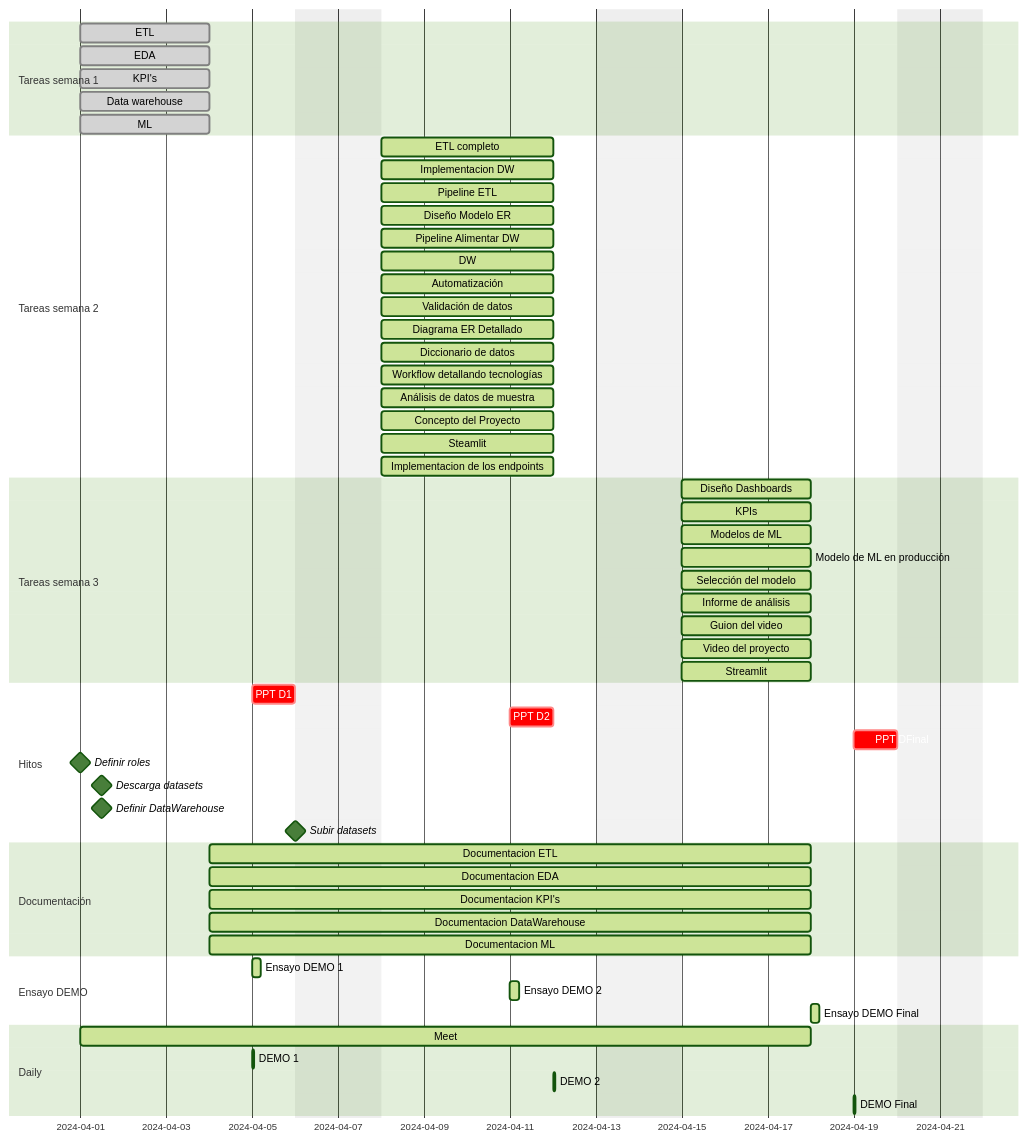
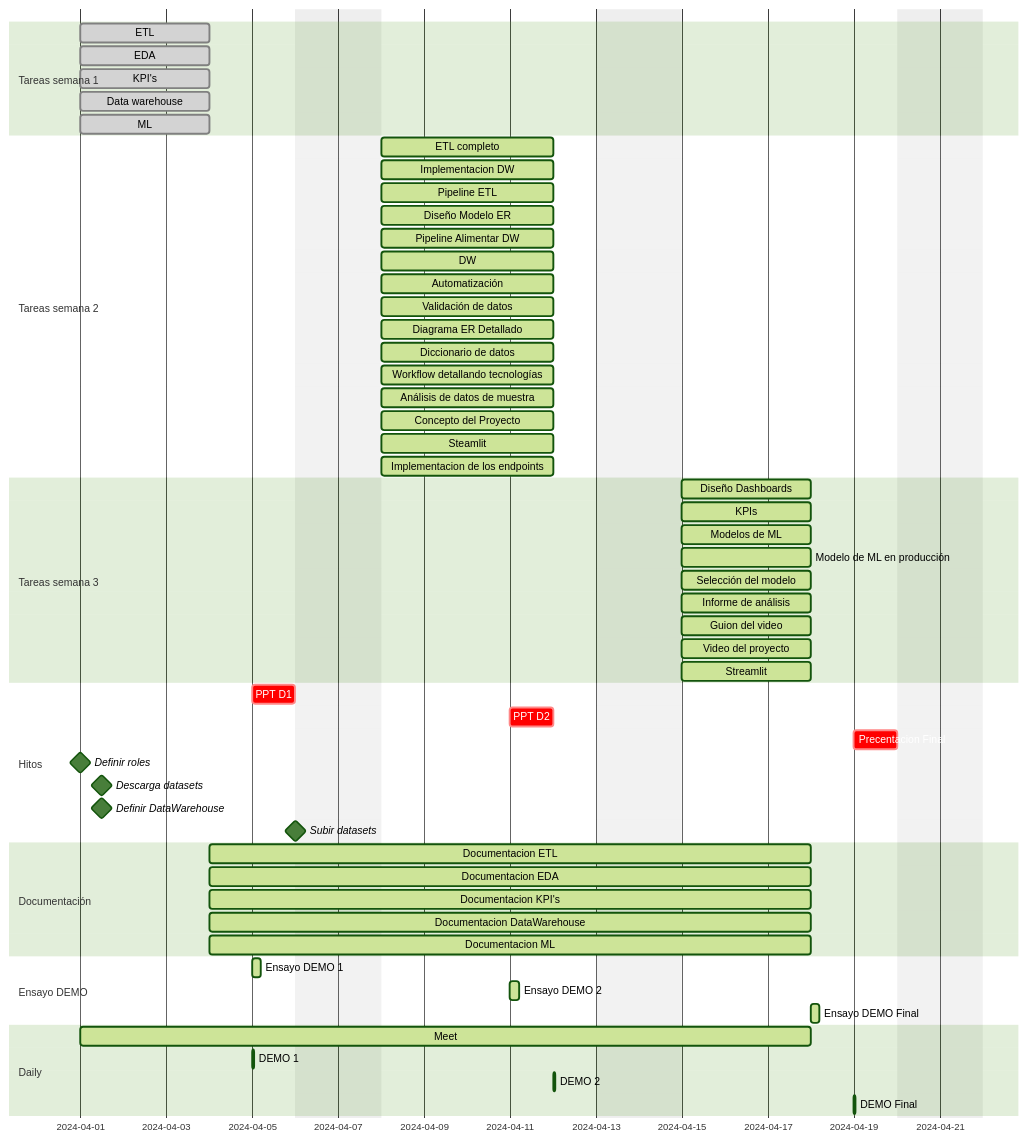
Before and after one commit to marceloyuba/SDT: the diagram in README.md, drawn with Mermaid (forest theme).

Commit message:
committ cambio details

````diff
--- a/README.md
+++ b/README.md
@@ -5,70 +5,70 @@
 ```mermaid
 gantt
    
     dateFormat  YYYY-MM-DD
     excludes     saturday sunday
     %% (`excludes` accepts specific dates in YYYY-MM-DD format, days of the week ("sunday") or "weekends", but not the word "weekdays".)
 
     section Tareas semana 1
     ETL                       :done,    des1, 2024-04-01, 3d
     EDA                       :done,  des2, 2024-04-01, 3d
     KPI's                     :done,   des3,  2024-04-01, 3d
     Data warehouse            :done,   des4, 2024-04-01, 3d
     ML                        :done, des5, 2024-04-01, 3d               
 
     section Tareas semana 2            
     ETL completo               :active,    des6, 2024-04-08, 4d
     Implementacion DW         :active,    des7, 2024-04-08, 4d
     Pipeline ETL               :active,    des8, 2024-04-08, 4d
     Diseño Modelo ER           :active,    des8, 2024-04-08, 4d 
     Pipeline Alimentar DW       :active,    des9, 2024-04-08, 4d
     DW                          :active,    des10, 2024-04-08, 4d
     Automatización             :active,    des11, 2024-04-08, 4d
     Validación de datos         :active,    des12, 2024-04-08, 4d
     Diagrama ER Detallado       :active,    des13, 2024-04-08, 4d
     Diccionario de datos        :active,    des14, 2024-04-08, 4d
     Workflow detallando tecnologías :active,    des15, 2024-04-08, 4d
     Análisis de datos de muestra   :active,    des16, 2024-04-08, 4d
     Concepto del Proyecto         :active,    des17, 2024-04-08, 4d
     Steamlit                     :active,    des18, 2024-04-08, 4d
     Implementacion de los endpoints     :active,    des19, 2024-04-08, 4d
 
     section Tareas semana 3           
     Diseño Dashboards              :active,    des20, 2024-04-15, 3d
     KPIs                           :active,    des21, 2024-04-15, 3d
     Modelos de ML                   :active,    des22, 2024-04-15, 3d
     Modelo de ML en producción      :active,    des23, 2024-04-15, 3d
     Selección del modelo         :active,    des24, 2024-04-15, 3d
     Informe de análisis               :active,    des25, 2024-04-15, 3d
     Guion del video                  :active,    des26, 2024-04-15, 3d
     Video del proyecto              :active,    des27, 2024-04-15, 3d
     Streamlit                       :active, des28, 2024-04-15, 3d
 
     section Hitos
     PPT D1                              :crit,  2024-04-05,24h
     PPT D2                              :crit,  2024-04-11,24h
-    PPT DFinal                          :crit,  2024-04-19,24h
+    Precentacion Final                          :crit,  2024-04-19,24h
     Definir roles                       :milestone, isadded, 2024-04-01, 0d
     Descarga datasets                   :milestone, isadded, 2024-04-01, 24h
     Definir DataWarehouse               :milestone,isadded, 2024-04-01, 24h
     Subir datasets                      :milestone,isadded 2024-04-04, 2d
 
     section Documentación
     Documentacion ETL               :active, a1, after des1, 10d
     Documentacion EDA              :active, a1, after des1, 10d
     Documentacion KPI's              :active, a1, after des1, 10d
     Documentacion DataWarehouse       :active, a1, after des1, 10d
     Documentacion ML                   :active, a1, after des1, 10d
     
     section Ensayo DEMO
     Ensayo DEMO 1                       :active, 2024-04-05, 5h
     Ensayo DEMO 2                       :active, 2024-04-11, 5h
     Ensayo DEMO Final                  :active, 2024-04-18, 5h
 
     section Daily
     Meet                               :active,a2, 2024-04-01, 2024-04-18
     DEMO 1                             :active, 2024-04-05, 1h
     DEMO 2                             :active, 2024-04-12, 1h
     DEMO Final                             :active, 2024-04-19, 1h
    
 ```
````
